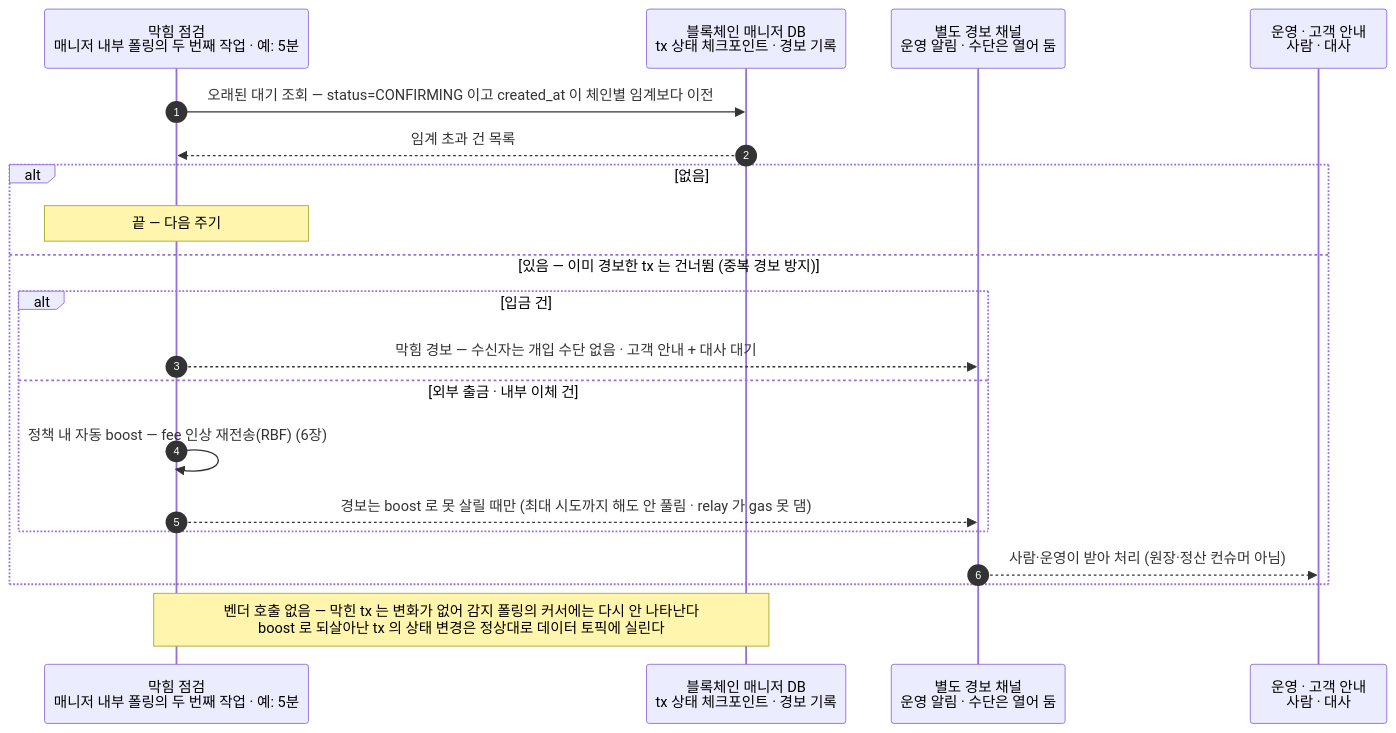
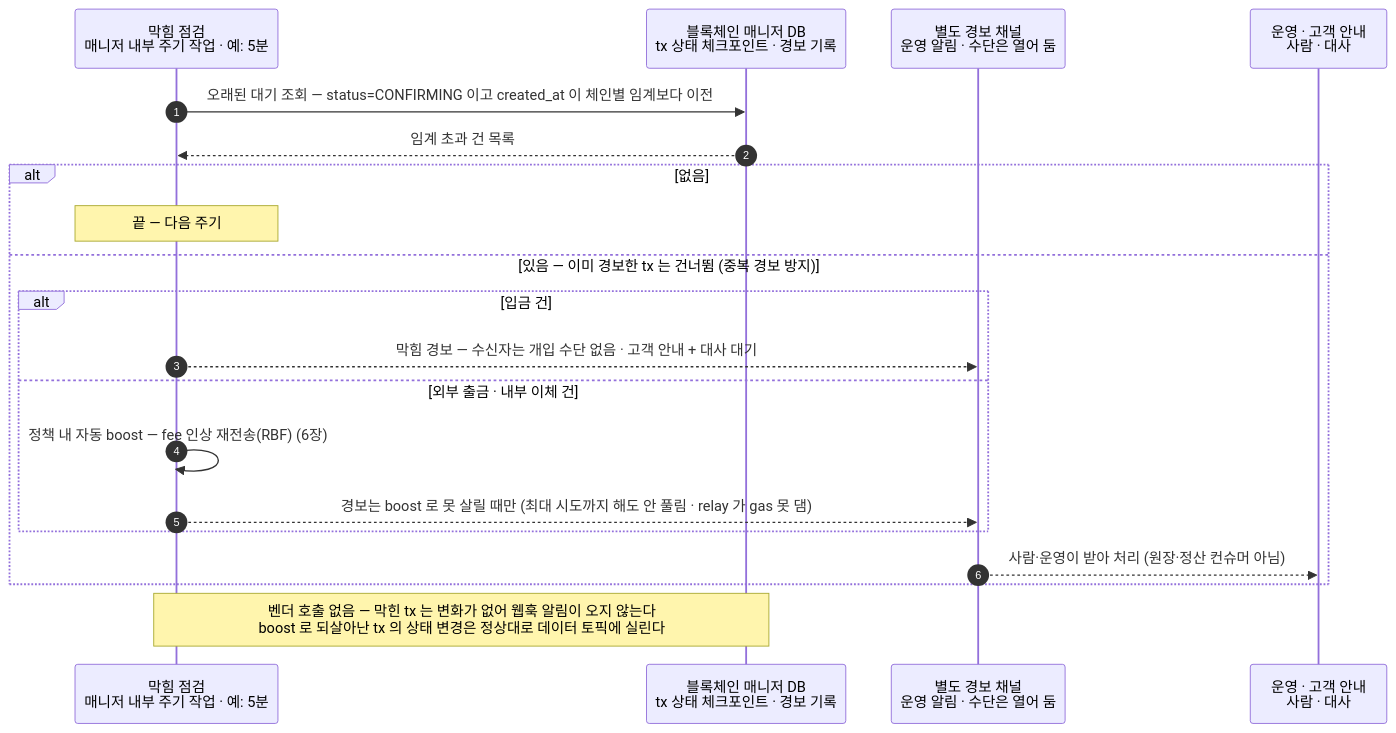
The second of 2 diagrams in blockchain-manager/docs/블록체인매니저/설계/04-detect-confirm.md (eunsujeo/eunpus), drawn with Mermaid before and after one commit. The commit also changed other lines of this file and 31 other files, not shown here.

````diff
--- a/blockchain-manager/docs/블록체인매니저/설계/04-detect-confirm.md
+++ b/blockchain-manager/docs/블록체인매니저/설계/04-detect-confirm.md
@@ -156,23 +133,23 @@
 ```mermaid
 sequenceDiagram
     autonumber
-    participant SW as 막힘 점검<br/>매니저 내부 폴링의 두 번째 작업 · 예: 5분
+    participant SW as 막힘 점검<br/>매니저 내부 주기 작업 · 예: 5분
     participant MDB as 블록체인 매니저 DB<br/>tx 상태 체크포인트 · 경보 기록
     participant AL as 별도 경보 채널<br/>운영 알림 · 수단은 열어 둠
     participant OPS as 운영 · 고객 안내<br/>사람 · 대사
 
     SW->>MDB: 오래된 대기 조회 — status=CONFIRMING 이고 created_at 이 체인별 임계보다 이전
     MDB-->>SW: 임계 초과 건 목록
     alt 없음
         Note over SW: 끝 — 다음 주기
     else 있음 — 이미 경보한 tx 는 건너뜀 (중복 경보 방지)
         alt 입금 건
             SW-->>AL: 막힘 경보 — 수신자는 개입 수단 없음 · 고객 안내 + 대사 대기
         else 외부 출금 · 내부 이체 건
             SW->>SW: 정책 내 자동 boost — fee 인상 재전송(RBF) (6장)
             SW-->>AL: 경보는 boost 로 못 살릴 때만 (최대 시도까지 해도 안 풀림 · relay 가 gas 못 댐)
         end
         AL-->>OPS: 사람·운영이 받아 처리 (원장·정산 컨슈머 아님)
     end
-    Note over SW,MDB: 벤더 호출 없음 — 막힌 tx 는 변화가 없어 감지 폴링의 커서에는 다시 안 나타난다<br/>boost 로 되살아난 tx 의 상태 변경은 정상대로 데이터 토픽에 실린다
+    Note over SW,MDB: 벤더 호출 없음 — 막힌 tx 는 변화가 없어 웹훅 알림이 오지 않는다<br/>boost 로 되살아난 tx 의 상태 변경은 정상대로 데이터 토픽에 실린다
 ```
````
